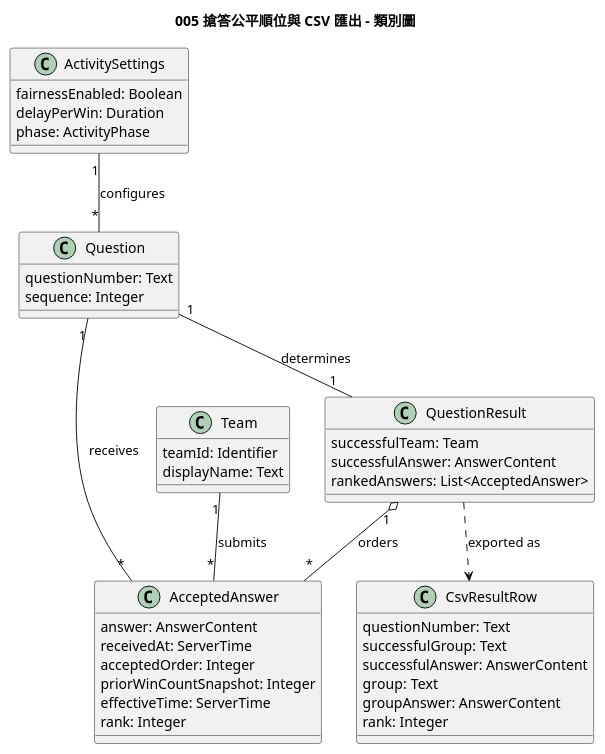
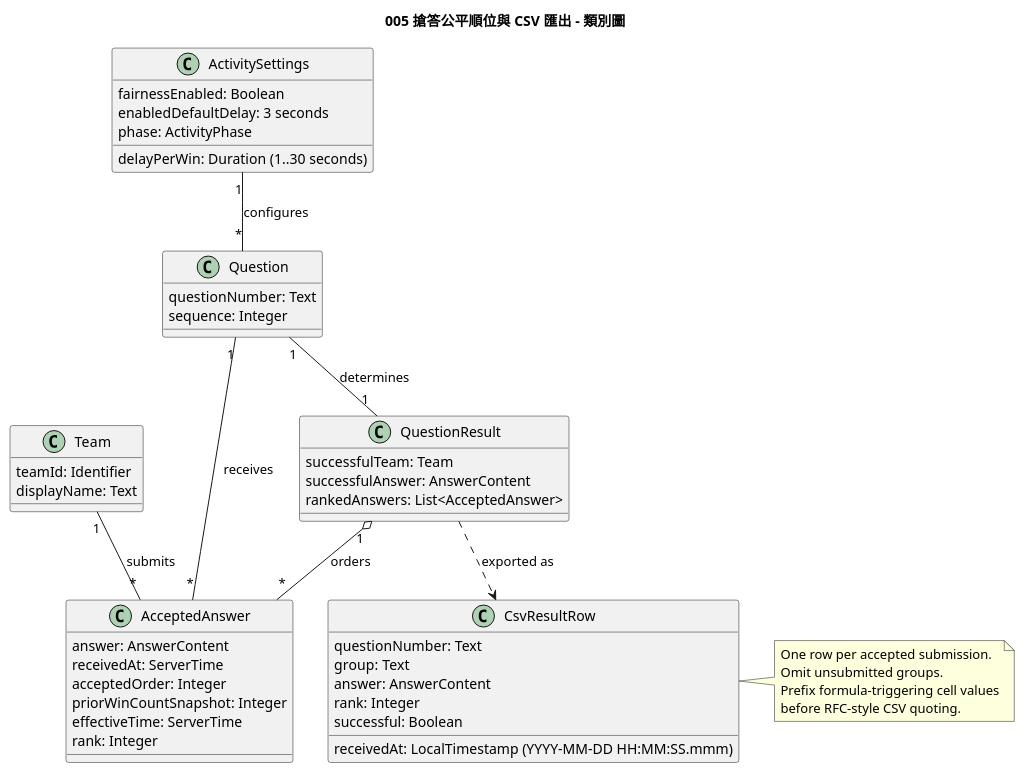
The diagram in diagrams/005-buzzer-ranking-export-class.puml (ncuyvonne/speckit-buzzer), drawn with PlantUML before and after one commit. The commit also changed 28 other files, not shown here.

```diff
--- a/diagrams/005-buzzer-ranking-export-class.puml
+++ b/diagrams/005-buzzer-ranking-export-class.puml
@@ -1,50 +1,57 @@
 @startuml
 title 005 搶答公平順位與 CSV 匯出 - 類別圖
 
 class ActivitySettings {
   fairnessEnabled: Boolean
-  delayPerWin: Duration
+  delayPerWin: Duration (1..30 seconds)
+  enabledDefaultDelay: 3 seconds
   phase: ActivityPhase
 }
 
 class Team {
   teamId: Identifier
   displayName: Text
 }
 
 class Question {
   questionNumber: Text
   sequence: Integer
 }
 
 class AcceptedAnswer {
   answer: AnswerContent
   receivedAt: ServerTime
   acceptedOrder: Integer
   priorWinCountSnapshot: Integer
   effectiveTime: ServerTime
   rank: Integer
 }
 
 class QuestionResult {
   successfulTeam: Team
   successfulAnswer: AnswerContent
   rankedAnswers: List<AcceptedAnswer>
 }
 
 class CsvResultRow {
   questionNumber: Text
-  successfulGroup: Text
-  successfulAnswer: AnswerContent
   group: Text
-  groupAnswer: AnswerContent
+  answer: AnswerContent
   rank: Integer
+  successful: Boolean
+  receivedAt: LocalTimestamp (YYYY-MM-DD HH:MM:SS.mmm)
 }
 
 ActivitySettings "1" -- "*" Question : configures
 Team "1" -- "*" AcceptedAnswer : submits
 Question "1" -- "*" AcceptedAnswer : receives
 Question "1" -- "1" QuestionResult : determines
 QuestionResult "1" o-- "*" AcceptedAnswer : orders
 QuestionResult ..> CsvResultRow : exported as
+note right of CsvResultRow
+  One row per accepted submission.
+  Omit unsubmitted groups.
+  Prefix formula-triggering cell values
+  before RFC-style CSV quoting.
+end note
 @enduml
```
